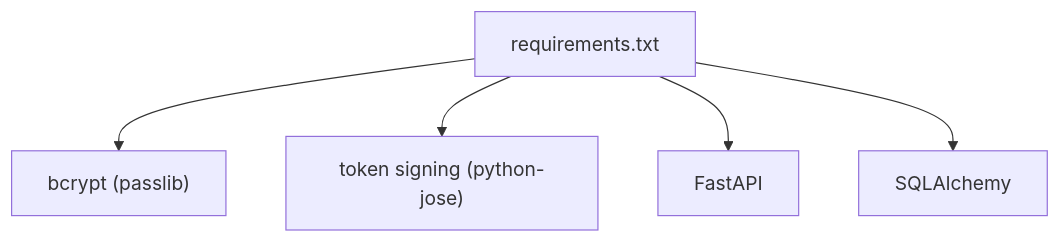
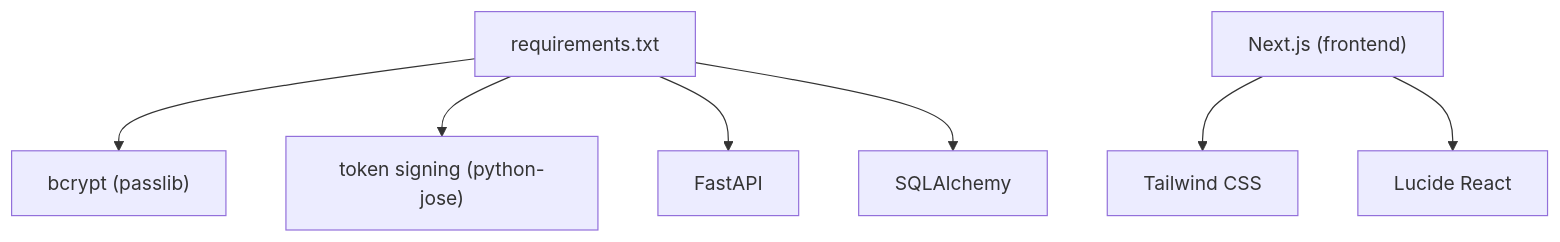
The third of 3 diagrams in .qoder/repowiki/en/content/Authentication & Authorization.md (bikinaplikasipakeqoder-dot/payroll-hris), drawn with Mermaid before and after one commit. The commit also changed other lines of this file and 22 other files, not shown here.

````diff
--- a/.qoder/repowiki/en/content/Authentication & Authorization.md
+++ b/.qoder/repowiki/en/content/Authentication & Authorization.md
@@ -245,12 +404,17 @@
 ```mermaid
 graph TB
 A["requirements.txt"]
 B["bcrypt (passlib)"]
 C["token signing (python-jose)"]
 D["FastAPI"]
 E["SQLAlchemy"]
+F["Next.js (frontend)"]
+G["Tailwind CSS"]
+H["Lucide React"]
 A --> B
 A --> C
 A --> D
 A --> E
+F --> G
+F --> H
 ```
````
